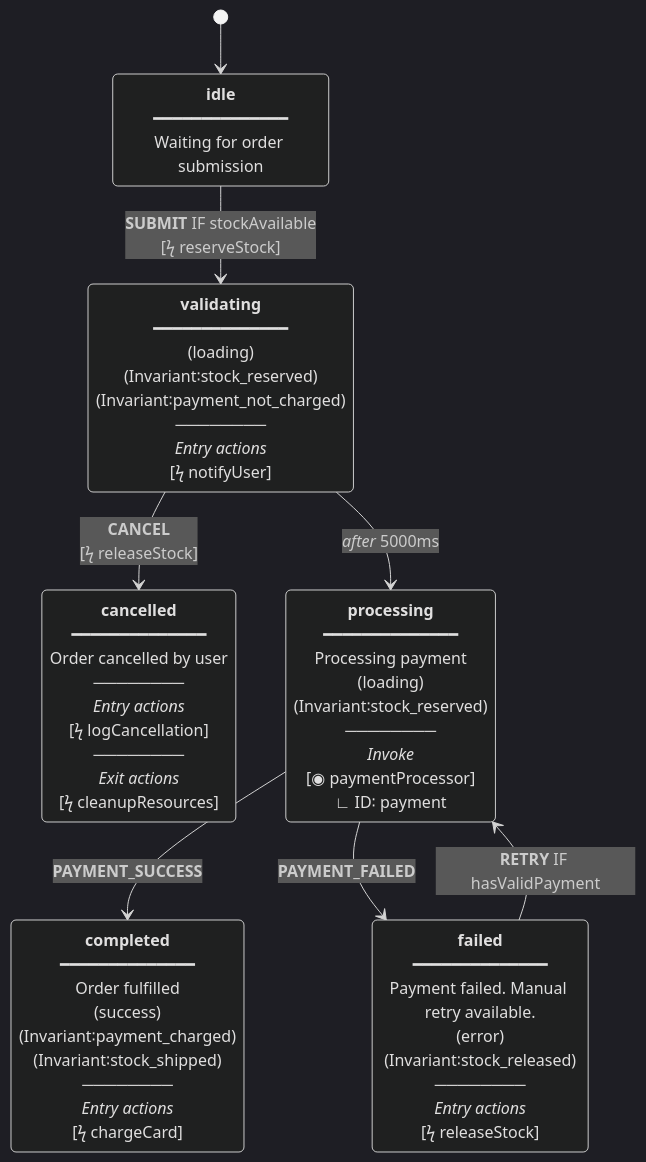
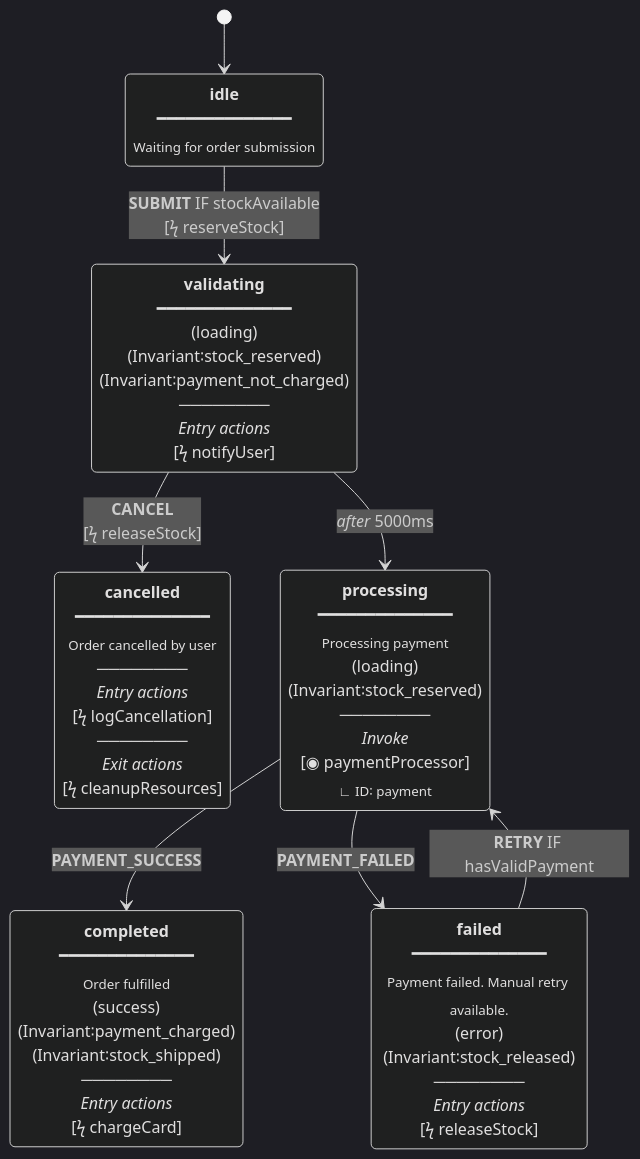
Before and after one commit to zitongcharliedeng/xstate-ts-to-mermaid: the diagram in README.md, drawn with Mermaid (dark theme). The commit also changed other lines of this file and 2 other files, not shown here.

Commit message:
feat: use subscript for descriptions and actor IDs (smaller text)
- Descriptions wrapped in <sub> for smaller font
- Actor IDs wrapped in <sub> with ∟ corner symbol
- Tests if Mermaid renders subscript properly

````diff
--- a/README.md
+++ b/README.md
@@ -46,16 +46,16 @@
 ```mermaid
 stateDiagram-v2
     [*] --> idle
-    idle: <b>idle</b><br/>━━━━━━━━━━━━━━<br/>Waiting for order submission
+    idle: <b>idle</b><br/>━━━━━━━━━━━━━━<br/><sub>Waiting for order submission</sub>
     idle --> validating: <b>SUBMIT</b> IF stockAvailable<br/>[ϟ reserveStock]
     validating: <b>validating</b><br/>━━━━━━━━━━━━━━<br/>(loading)<br/>(Invariant∶stock_reserved)<br/>(Invariant∶payment_not_charged)<br/>────────<br/><i>Entry actions</i><br/>[ϟ notifyUser]
     validating --> cancelled: <b>CANCEL</b><br/>[ϟ releaseStock]
     validating --> processing: <i>after</i> 5000ms
-    processing: <b>processing</b><br/>━━━━━━━━━━━━━━<br/>Processing payment<br/>(loading)<br/>(Invariant∶stock_reserved)<br/>────────<br/><i>Invoke</i><br/>[◉ paymentProcessor]<br/>∟ ID∶ payment
+    processing: <b>processing</b><br/>━━━━━━━━━━━━━━<br/><sub>Processing payment</sub><br/>(loading)<br/>(Invariant∶stock_reserved)<br/>────────<br/><i>Invoke</i><br/>[◉ paymentProcessor]<br/><sub>∟ ID∶ payment</sub>
     processing --> completed: <b>PAYMENT_SUCCESS</b>
     processing --> failed: <b>PAYMENT_FAILED</b>
-    completed: <b>completed</b><br/>━━━━━━━━━━━━━━<br/>Order fulfilled<br/>(success)<br/>(Invariant∶payment_charged)<br/>(Invariant∶stock_shipped)<br/>────────<br/><i>Entry actions</i><br/>[ϟ chargeCard]
-    failed: <b>failed</b><br/>━━━━━━━━━━━━━━<br/>Payment failed. Manual retry available.<br/>(error)<br/>(Invariant∶stock_released)<br/>────────<br/><i>Entry actions</i><br/>[ϟ releaseStock]
+    completed: <b>completed</b><br/>━━━━━━━━━━━━━━<br/><sub>Order fulfilled</sub><br/>(success)<br/>(Invariant∶payment_charged)<br/>(Invariant∶stock_shipped)<br/>────────<br/><i>Entry actions</i><br/>[ϟ chargeCard]
+    failed: <b>failed</b><br/>━━━━━━━━━━━━━━<br/><sub>Payment failed. Manual retry available.</sub><br/>(error)<br/>(Invariant∶stock_released)<br/>────────<br/><i>Entry actions</i><br/>[ϟ releaseStock]
     failed --> processing: <b>RETRY</b> IF hasValidPayment
-    cancelled: <b>cancelled</b><br/>━━━━━━━━━━━━━━<br/>Order cancelled by user<br/>────────<br/><i>Entry actions</i><br/>[ϟ logCancellation]<br/>────────<br/><i>Exit actions</i><br/>[ϟ cleanupResources]
+    cancelled: <b>cancelled</b><br/>━━━━━━━━━━━━━━<br/><sub>Order cancelled by user</sub><br/>────────<br/><i>Entry actions</i><br/>[ϟ logCancellation]<br/>────────<br/><i>Exit actions</i><br/>[ϟ cleanupResources]
 ```
````
